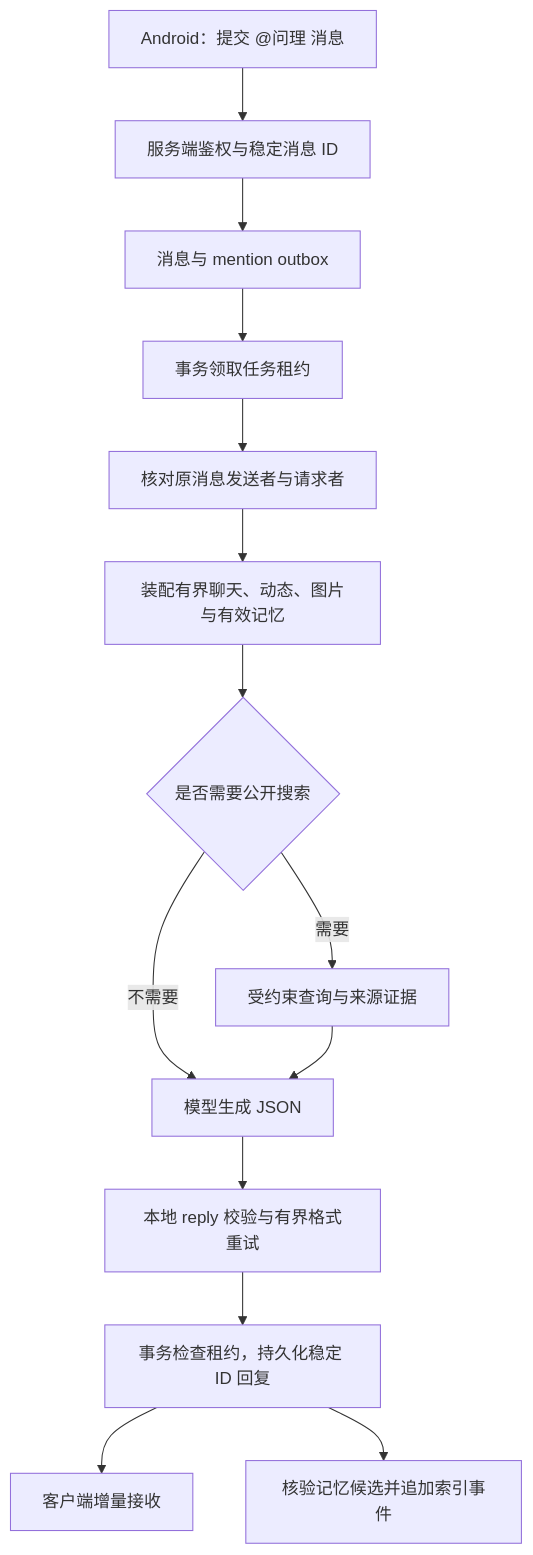
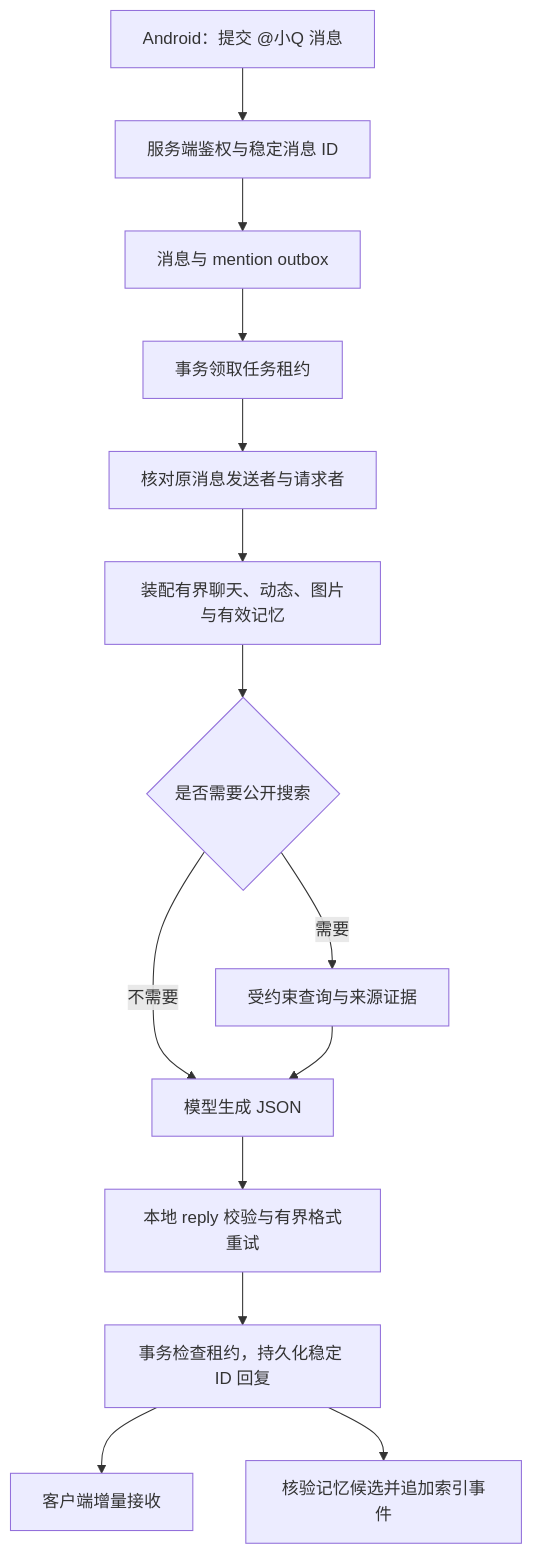
Before and after one commit to xili-ytl/between: the diagram in docs/ARCHITECTURE.md, drawn with Mermaid. The commit also changed other lines of this file and 67 other files, not shown here.

```diff
--- a/docs/ARCHITECTURE.md
+++ b/docs/ARCHITECTURE.md
@@ -30,16 +30,16 @@
 ~~~mermaid
 flowchart TD
-    A["Android：提交 @问理 消息"] --> B["服务端鉴权与稳定消息 ID"]
+    A["Android：提交 @小Q 消息"] --> B["服务端鉴权与稳定消息 ID"]
     B --> C["消息与 mention outbox"]
     C --> D["事务领取任务租约"]
     D --> E["核对原消息发送者与请求者"]
     E --> F["装配有界聊天、动态、图片与有效记忆"]
     F --> G{"是否需要公开搜索"}
     G -->|需要| H["受约束查询与来源证据"]
     G -->|不需要| I["模型生成 JSON"]
     H --> I
     I --> J["本地 reply 校验与有界格式重试"]
     J --> K["事务检查租约，持久化稳定 ID 回复"]
     K --> L["客户端增量接收"]
     K --> M["核验记忆候选并追加索引事件"]
 ~~~
```
